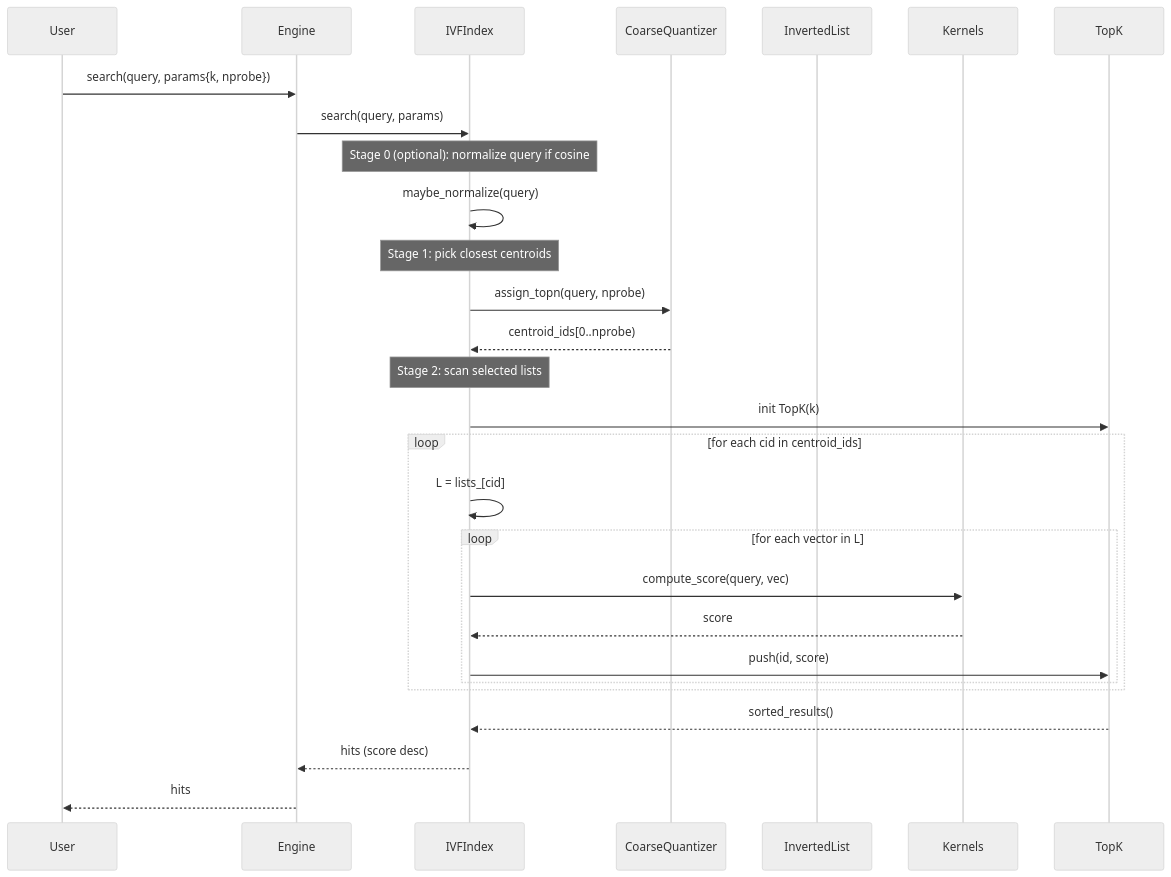
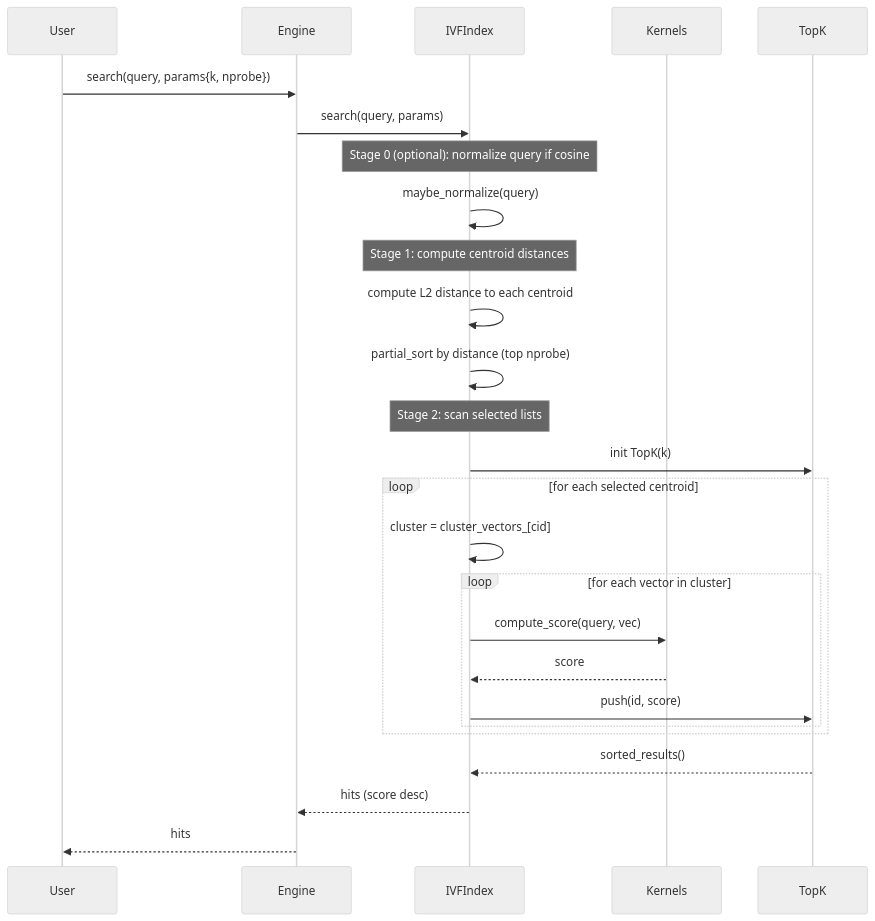
Before and after one commit to datavorous/spheni: the second of 2 diagrams in docs/v0.2.md, drawn with Mermaid (neutral theme). The commit also changed other lines of this file and 15 other files, not shown here.

````diff
--- a/docs/v0.2.md
+++ b/docs/v0.2.md
@@ -125,36 +112,34 @@
 ```mermaid
 sequenceDiagram
     participant U as User
     participant E as Engine
     participant IVF as IVFIndex
-    participant CQ as CoarseQuantizer
-    participant L as InvertedList
     participant K as Kernels
     participant T as TopK
 
     U->>E: search(query, params{k, nprobe})
     E->>IVF: search(query, params)
 
     Note over IVF: Stage 0 (optional): normalize query if cosine
     IVF->>IVF: maybe_normalize(query)
 
-    Note over IVF: Stage 1: pick closest centroids
-    IVF->>CQ: assign_topn(query, nprobe)
-    CQ-->>IVF: centroid_ids[0..nprobe)
+    Note over IVF: Stage 1: compute centroid distances
+    IVF->>IVF: compute L2 distance to each centroid
+    IVF->>IVF: partial_sort by distance (top nprobe)
 
     Note over IVF: Stage 2: scan selected lists
     IVF->>T: init TopK(k)
 
-    loop for each cid in centroid_ids
-        IVF->>IVF: L = lists_[cid]
-        loop for each vector in L
+    loop for each selected centroid
+        IVF->>IVF: cluster = cluster_vectors_[cid]
+        loop for each vector in cluster
             IVF->>K: compute_score(query, vec)
             K-->>IVF: score
             IVF->>T: push(id, score)
         end
     end
 
     T-->>IVF: sorted_results()
     IVF-->>E: hits (score desc)
     E-->>U: hits
 ```
````
